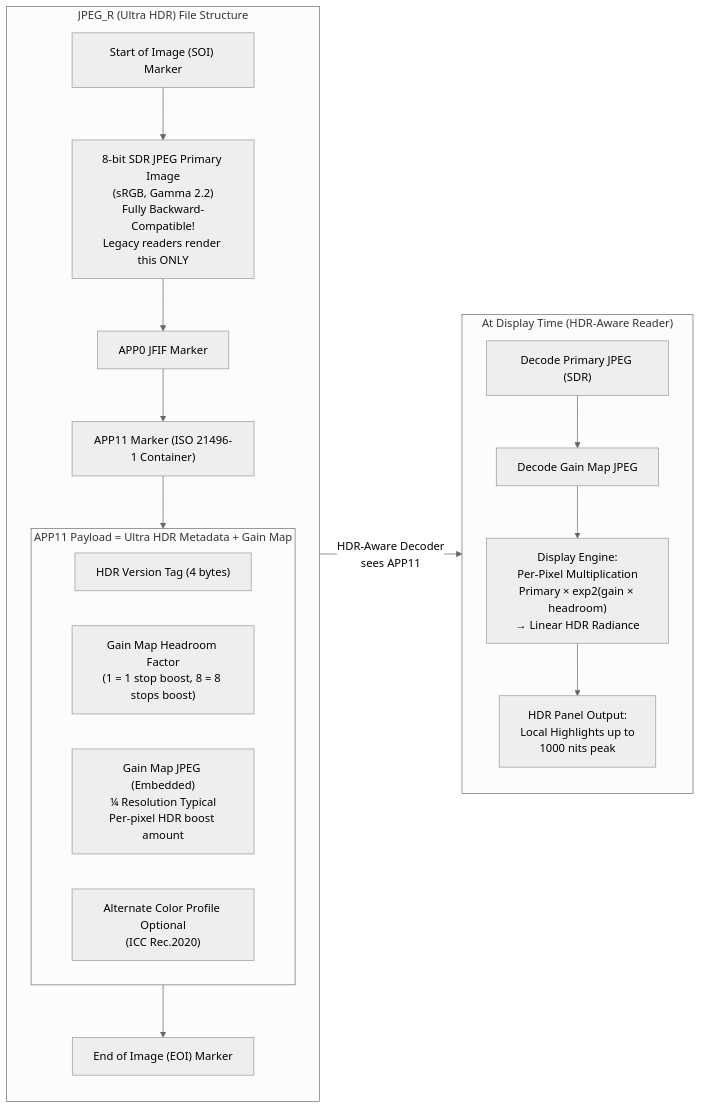
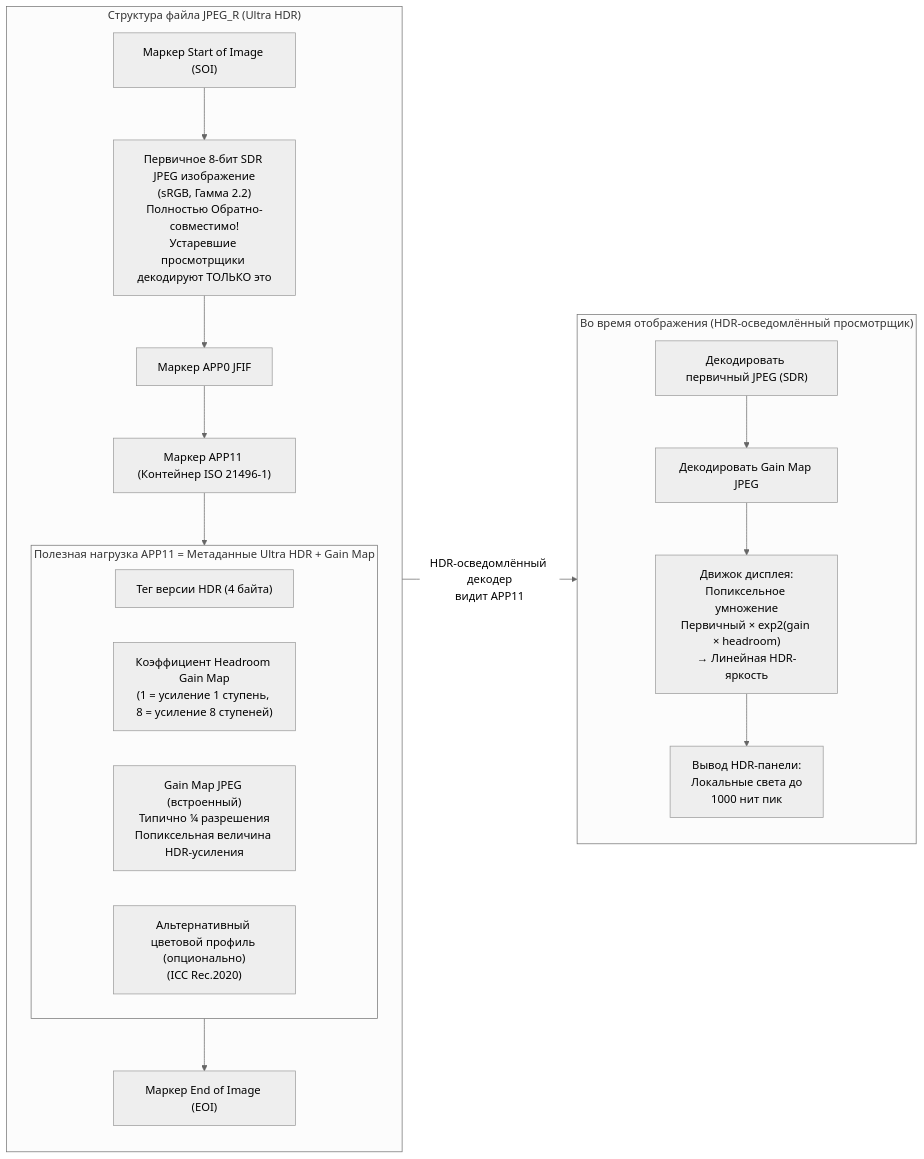
The second of 2 diagrams in website/i18n/ru/docusaurus-plugin-content-docs/current/camera2/hdr-and-ultra-hdr.md (zoozooll/AndroidCameraParameters), drawn with Mermaid (neutral theme) before and after one commit. The commit also changed other lines of this file and 378 other files, not shown here.

````diff
--- a/website/i18n/ru/docusaurus-plugin-content-docs/current/camera2/hdr-and-ultra-hdr.md
+++ b/website/i18n/ru/docusaurus-plugin-content-docs/current/camera2/hdr-and-ultra-hdr.md
@@ -198,25 +198,25 @@
 ```mermaid
 flowchart LR
-    subgraph FILE["JPEG_R (Ultra HDR) File Structure"]
+    subgraph FILE["Структура файла JPEG_R (Ultra HDR)"]
         direction TB
-        SOI["Start of Image (SOI) Marker"] --> PRIMARY["8-bit SDR JPEG Primary Image\n(sRGB, Gamma 2.2)\nFully Backward-Compatible!\nLegacy readers render this ONLY"]
-        PRIMARY --> APP0["APP0 JFIF Marker"]
-        APP0 --> APP11["APP11 Marker (ISO 21496-1 Container)"]
-        subgraph GAINMAP["APP11 Payload = Ultra HDR Metadata + Gain Map"]
-            GM1["HDR Version Tag (4 bytes)"]
-            GM2["Gain Map Headroom Factor\n(1 = 1 stop boost, 8 = 8 stops boost)"]
-            GM3["Gain Map JPEG (Embedded)\n¼ Resolution Typical\nPer-pixel HDR boost amount"]
-            GM4["Alternate Color Profile Optional\n(ICC Rec.2020)"]
+        SOI["Маркер Start of Image (SOI)"] --> PRIMARY["Первичное 8-бит SDR JPEG изображение<br/>(sRGB, Гамма 2.2)<br/>Полностью Обратно-совместимо!<br/>Устаревшие просмотрщики декодируют ТОЛЬКО это"]
+        PRIMARY --> APP0["Маркер APP0 JFIF"]
+        APP0 --> APP11["Маркер APP11 (Контейнер ISO 21496-1)"]
+        subgraph GAINMAP["Полезная нагрузка APP11 = Метаданные Ultra HDR + Gain Map"]
+            GM1["Тег версии HDR (4 байта)"]
+            GM2["Коэффициент Headroom Gain Map<br/>(1 = усиление 1 ступень, 8 = усиление 8 ступеней)"]
+            GM3["Gain Map JPEG (встроенный)<br/>Типично ¼ разрешения<br/>Попиксельная величина HDR-усиления"]
+            GM4["Альтернативный цветовой профиль (опционально)<br/>(ICC Rec.2020)"]
         end
         APP11 --> GAINMAP
-        GAINMAP --> EOI["End of Image (EOI) Marker"]
+        GAINMAP --> EOI["Маркер End of Image (EOI)"]
     end
 
-    subgraph RENDER["At Display Time (HDR-Aware Reader)"]
-        R1["Decode Primary JPEG (SDR)"] --> R2["Decode Gain Map JPEG"]
-        R2 --> R3["Display Engine:\nPer-Pixel Multiplication\nPrimary × exp2(gain × headroom)\n→ Linear HDR Radiance"]
-        R3 --> R4["HDR Panel Output:\nLocal Highlights up to\n1000 nits peak"]
+    subgraph RENDER["Во время отображения (HDR-осведомлённый просмотрщик)"]
+        R1["Декодировать первичный JPEG (SDR)"] --> R2["Декодировать Gain Map JPEG"]
+        R2 --> R3["Движок дисплея:<br/>Попиксельное умножение<br/>Первичный × exp2(gain × headroom)<br/>→ Линейная HDR-яркость"]
+        R3 --> R4["Вывод HDR-панели:<br/>Локальные света до<br/>1000 нит пик"]
     end
 
-    FILE -->|"HDR-Aware Decoder\nsees APP11"| RENDER
+    FILE -->|"HDR-осведомлённый декодер<br/>видит APP11"| RENDER
 ```
````
